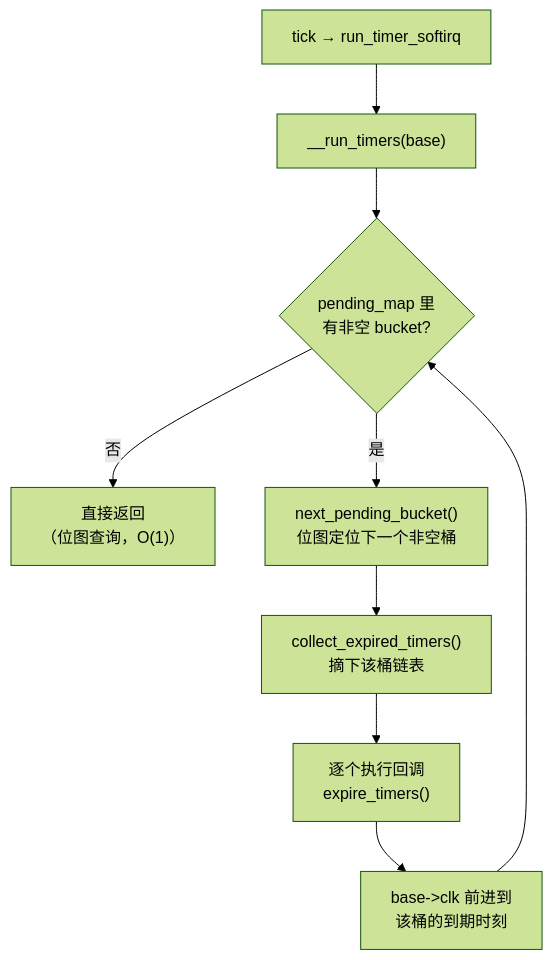
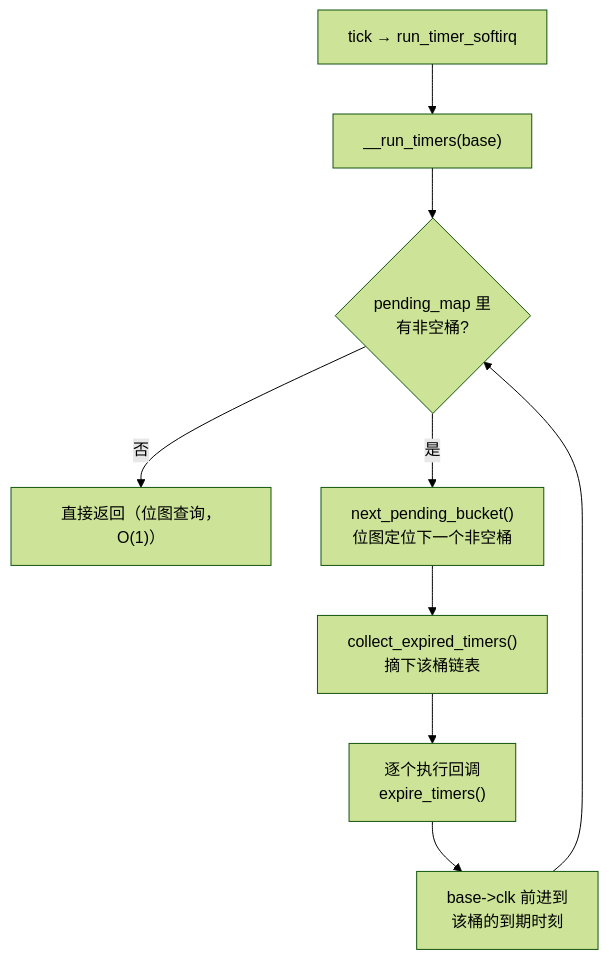
The first of 2 diagrams in docs/02-核心机制深度解析/第10章 中断与时间/10.5.3_timer_wheel时间轮实现.md (xiaohong0925/Embedded_Knowledge_System_V2026), drawn with Mermaid (forest theme) before and after one commit. The commit also changed other lines of this file and 4 other files, not shown here.

````diff
--- a/docs/02-核心机制深度解析/第10章 中断与时间/10.5.3_timer_wheel时间轮实现.md
+++ b/docs/02-核心机制深度解析/第10章 中断与时间/10.5.3_timer_wheel时间轮实现.md
@@ -113,11 +103,11 @@
 ```mermaid
 flowchart TD
     A["tick → run_timer_softirq"] --> B["__run_timers(base)"]
-    B --> C{"pending_map 里<br/>有非空 bucket?"}
-    C -->|否| D["直接返回<br>（位图查询，O(1)）"]
+    B --> C{"pending_map 里<br/>有非空桶?"}
+    C -->|否| D["直接返回（位图查询，O(1)）"]
     C -->|是| E["next_pending_bucket()<br/>位图定位下一个非空桶"]
     E --> F["collect_expired_timers()<br/>摘下该桶链表"]
-    F --> G["逐个执行回调<br>expire_timers()"]
+    F --> G["逐个执行回调<br/>expire_timers()"]
     G --> H["base->clk 前进到<br/>该桶的到期时刻"]
     H --> C
 ```
````
